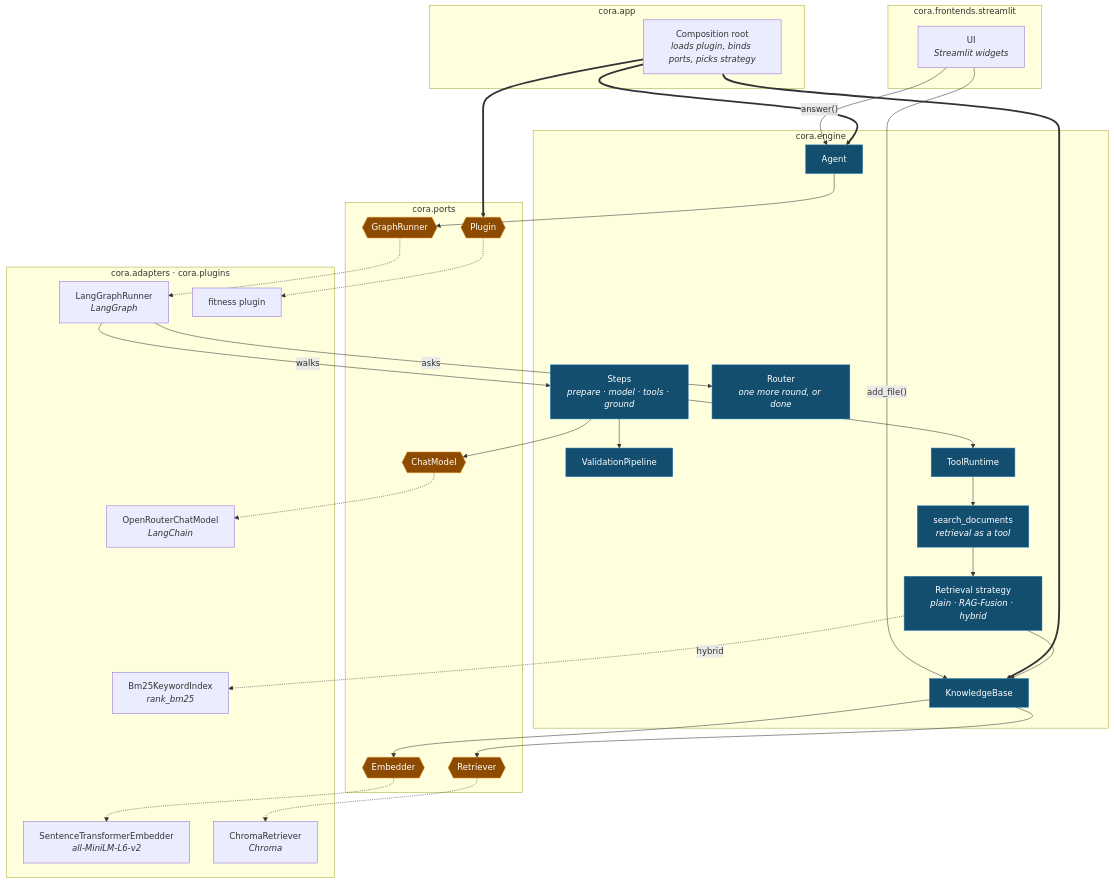
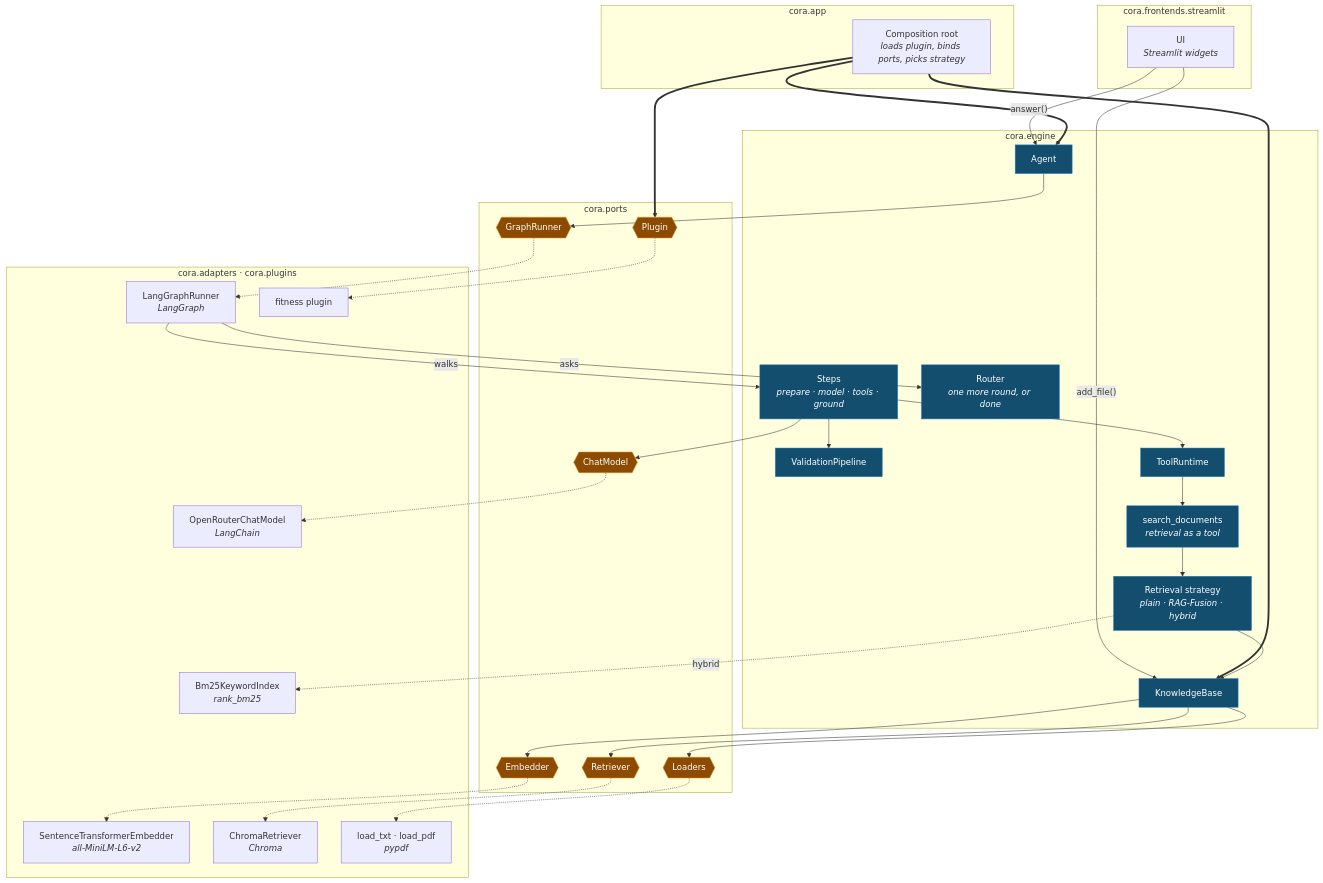
The first of 2 diagrams in docs/big-picture.md (aschog/cora), drawn with Mermaid before and after one commit. The commit also changed other lines of this file and 2 other files, not shown here.

````diff
--- a/docs/big-picture.md
+++ b/docs/big-picture.md
@@ -10,67 +10,71 @@
 ```mermaid
 %%{init: {"flowchart": {"nodeSpacing": 45, "rankSpacing": 55, "curve": "basis"}}}%%
 flowchart TB
   subgraph shell["cora.frontends.streamlit"]
     ui["UI<br/><i>Streamlit widgets</i>"]
   end
 
   subgraph wiring["cora.app"]
     root["Composition root<br/><i>loads plugin, binds ports, picks strategy</i>"]
   end
 
   subgraph core["cora.engine"]
     agent["Agent"]
     steps["Steps<br/><i>prepare · model · tools · ground</i>"]
     router["Router<br/><i>one more round, or done</i>"]
     val["ValidationPipeline"]
     rt["ToolRuntime"]
     search["search_documents<br/><i>retrieval as a tool</i>"]
     retr["Retrieval strategy<br/><i>plain · RAG-Fusion · hybrid</i>"]
     kb["KnowledgeBase"]
   end
 
   subgraph seam["cora.ports"]
     gr{{"GraphRunner"}}
     cm{{"ChatModel"}}
     emb{{"Embedder"}}
     ret{{"Retriever"}}
+    load{{"Loaders"}}
     plug{{"Plugin"}}
   end
 
   subgraph infra["cora.adapters · cora.plugins"]
     lg["LangGraphRunner<br/><i>LangGraph</i>"]
     orc["OpenRouterChatModel<br/><i>LangChain</i>"]
     ste["SentenceTransformerEmbedder<br/><i>all-MiniLM-L6-v2</i>"]
     chroma["ChromaRetriever<br/><i>Chroma</i>"]
     bm25["Bm25KeywordIndex<br/><i>rank_bm25</i>"]
+    load_reg["load_txt · load_pdf<br/><i>pypdf</i>"]
     fit["fitness plugin"]
   end
 
   ui -->|"answer()"| agent
   ui -->|"add_file()"| kb
   root ==> agent
   root ==> kb
   root ==> plug
   agent --> gr
   lg -->|"walks"| steps
   lg -->|"asks"| router
   steps --> cm
   steps --> val
   steps --> rt
   rt --> search
   search --> retr
   retr --> kb
   kb --> emb
   kb --> ret
+  kb --> load
   retr -.->|"hybrid"| bm25
   gr -.-> lg
   cm -.-> orc
   emb -.-> ste
   ret -.-> chroma
+  load -.-> load_reg
   plug -.-> fit
 
   classDef port fill:#8c4b00,stroke:#d98a1f,color:#fff;
   classDef logic fill:#134e6f,stroke:#1f78b4,color:#fff;
-  class gr,cm,emb,ret,plug port;
+  class gr,cm,emb,ret,load,plug port;
   class agent,steps,router,val,rt,search,retr,kb logic;
 ```
````
